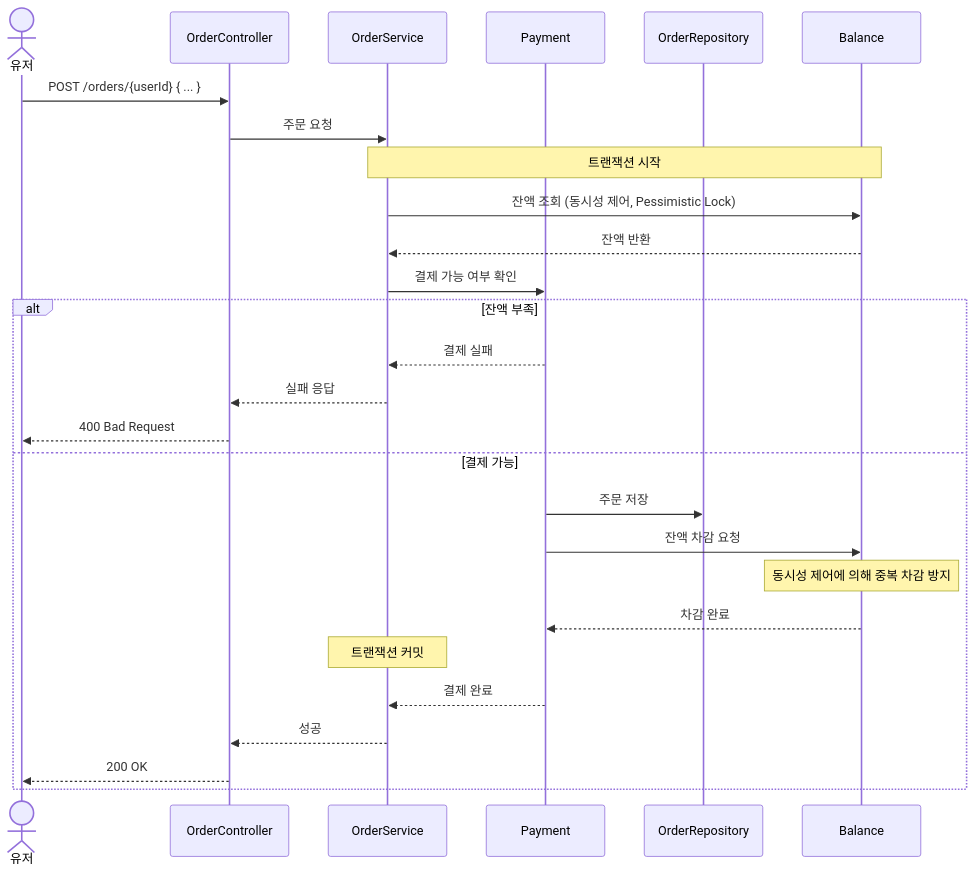
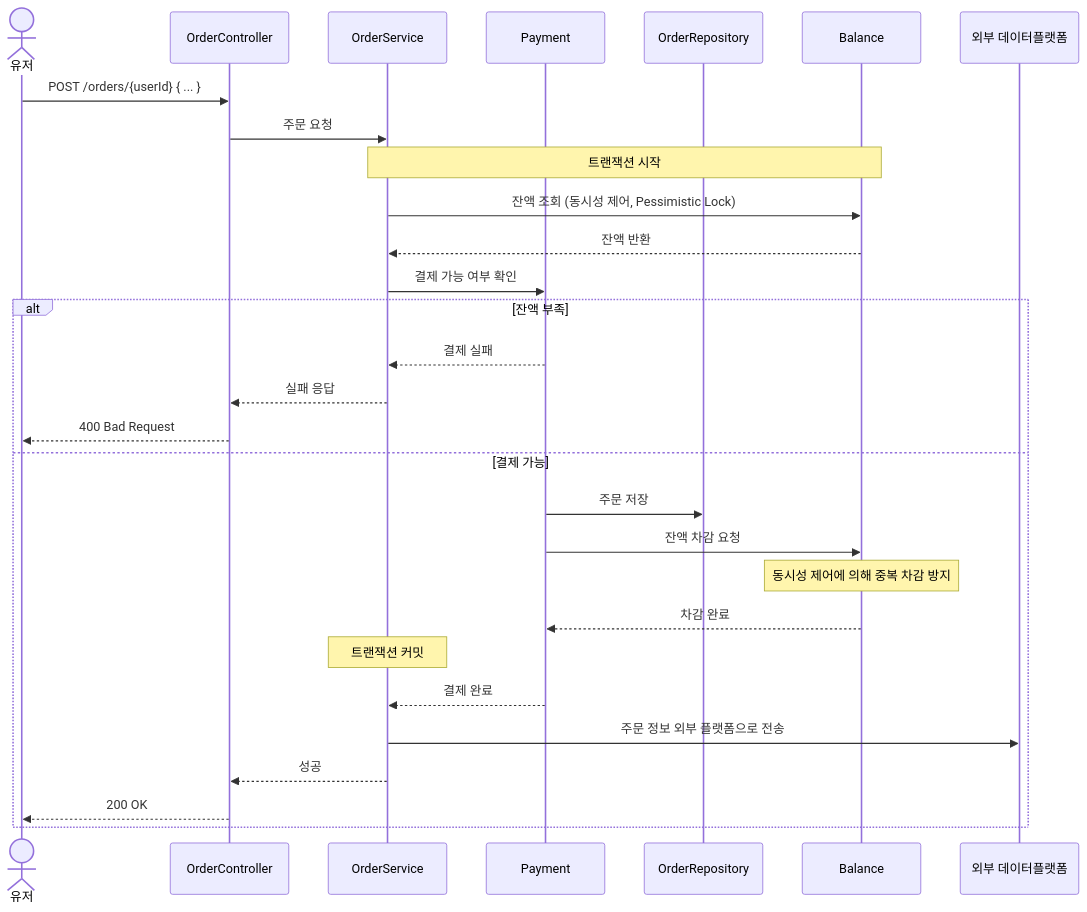
One commit to bskjp1004/hhplus-ecommerce-server changed the second of 3 diagrams in docs/sequenceDiagrams.md. Above: the diagram before and after it, drawn with Mermaid.

Commit message:
docs: 시퀀스 다이어그램 수정(주문-외부 데이터 플랫폼 객체 추가)

````diff
--- a/docs/sequenceDiagrams.md
+++ b/docs/sequenceDiagrams.md
@@ -46,33 +46,35 @@
 ```mermaid
 sequenceDiagram
     actor 유저
     participant OrderController
     participant OrderService
     participant Payment
     participant OrderRepository
     participant Balance
+    participant 외부 데이터플랫폼
 
     유저->>OrderController: POST /orders/{userId} { ... }
     OrderController->>OrderService: 주문 요청
 
     note over OrderService,Balance: 트랜잭션 시작
     OrderService->>Balance: 잔액 조회 (동시성 제어, Pessimistic Lock)
 
     Balance-->>OrderService: 잔액 반환
 
     OrderService->>Payment: 결제 가능 여부 확인
     alt 잔액 부족
         Payment-->>OrderService: 결제 실패
         OrderService-->>OrderController: 실패 응답
         OrderController-->>유저: 400 Bad Request
     else 결제 가능
         Payment->>OrderRepository: 주문 저장
         Payment->>Balance: 잔액 차감 요청
         note over Balance: 동시성 제어에 의해 중복 차감 방지
         Balance-->>Payment: 차감 완료
         note over OrderService: 트랜잭션 커밋
         Payment-->>OrderService: 결제 완료
+        OrderService->>외부 데이터플랫폼: 주문 정보 외부 플랫폼으로 전송
         OrderService-->>OrderController: 성공
         OrderController-->>유저: 200 OK
     end
 ```
````
